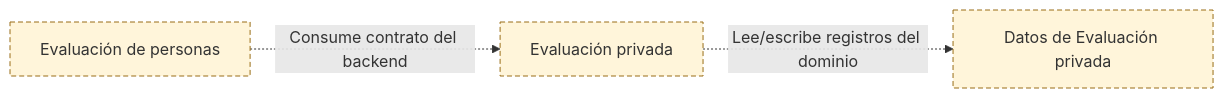
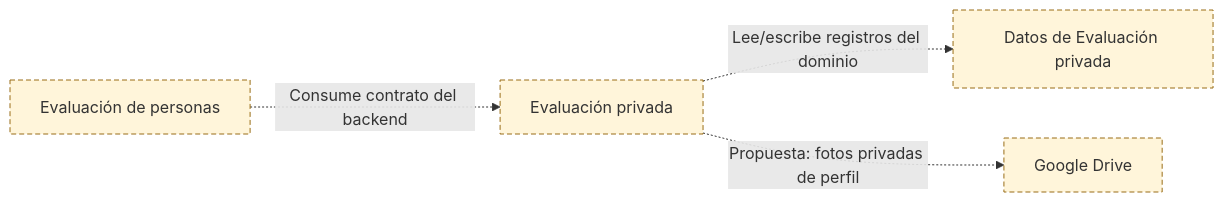
Before and after one commit to yodesarrollomx/yod-portal: the seventh of 9 diagrams in docs/arquitectura/mapas.md, drawn with Mermaid. The commit also changed other lines of this file and 7 other files, not shown here.

Commit message:
docs: proponer perfil fotográfico privado y autorización propia EMD

````diff
--- a/docs/arquitectura/mapas.md
+++ b/docs/arquitectura/mapas.md
@@ -289,12 +289,15 @@
 ```mermaid
 flowchart LR
   n_SYS_EMD["Evaluación de personas"]
   n_GAS_EMD["Evaluación privada"]
   n_SHEET_EMD["Datos de Evaluación privada"]
+  n_EXT_DRIVE["Google Drive"]
   n_GAS_EMD -.->|Lee/escribe registros del dominio| n_SHEET_EMD
   n_SYS_EMD -.->|Consume contrato del backend| n_GAS_EMD
+  n_GAS_EMD -.->|Propuesta: fotos privadas de perfil| n_EXT_DRIVE
   classDef pendiente fill:#fff5da,stroke:#996d16,stroke-dasharray:5 3;
   class n_SYS_EMD pendiente;
   class n_GAS_EMD pendiente;
   class n_SHEET_EMD pendiente;
+  class n_EXT_DRIVE pendiente;
 ```
````
